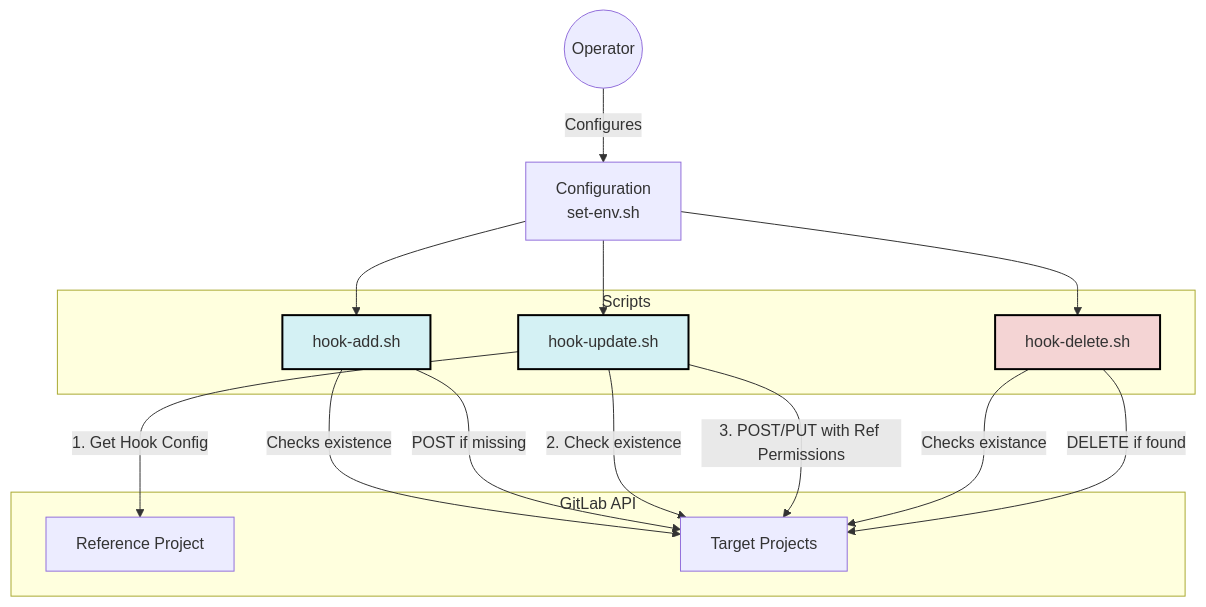
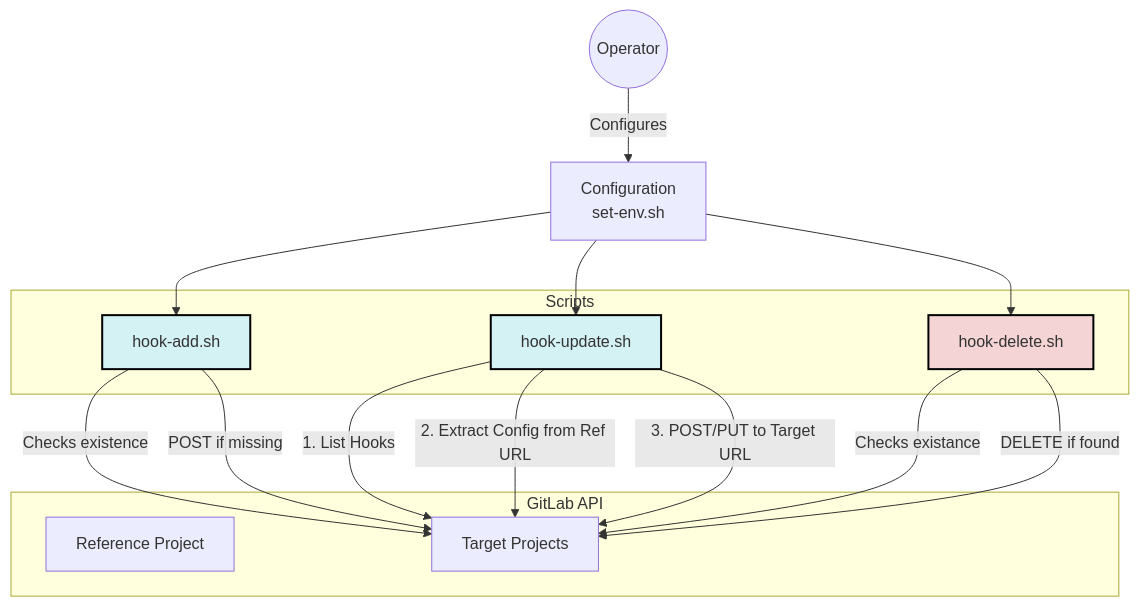
The second of 2 diagrams in README.md (cb-ci/gitlab-cli-manage-hooks), drawn with Mermaid before and after one commit. The commit also changed other lines of this file and 8 other files, not shown here.

````diff
--- a/README.md
+++ b/README.md
@@ -48,35 +49,35 @@
 ```mermaid
 flowchart TD
     User((Operator))
     Config[Configuration\nset-env.sh]
     
     subgraph Scripts
         Add[hook-add.sh]
         Update[hook-update.sh]
         Delete[hook-delete.sh]
     end
     
     subgraph GitLab["GitLab API"]
         RefProject[Reference Project]
         TargetProjects[Target Projects]
     end
 
     User -->|Configures| Config
     Config --> Add
     Config --> Update
     Config --> Delete
     
     Add -->|Checks existence| TargetProjects
     Add -->|POST if missing| TargetProjects
     
-    Update -->|1. Get Hook Config| RefProject
-    Update -->|2. Check existence| TargetProjects
-    Update -->|3. POST/PUT with Ref Permissions| TargetProjects
+    Update -->|1. List Hooks| TargetProjects
+    Update -->|2. Extract Config from Ref URL| TargetProjects
+    Update -->|3. POST/PUT to Target URL| TargetProjects
     
     Delete -->|Checks existance| TargetProjects
     Delete -->|DELETE if found| TargetProjects
     
     style Add fill:#d4f1f4,stroke:#000,stroke-width:2px
     style Update fill:#d4f1f4,stroke:#000,stroke-width:2px
     style Delete fill:#f4d4d4,stroke:#000,stroke-width:2px
 ```
````
